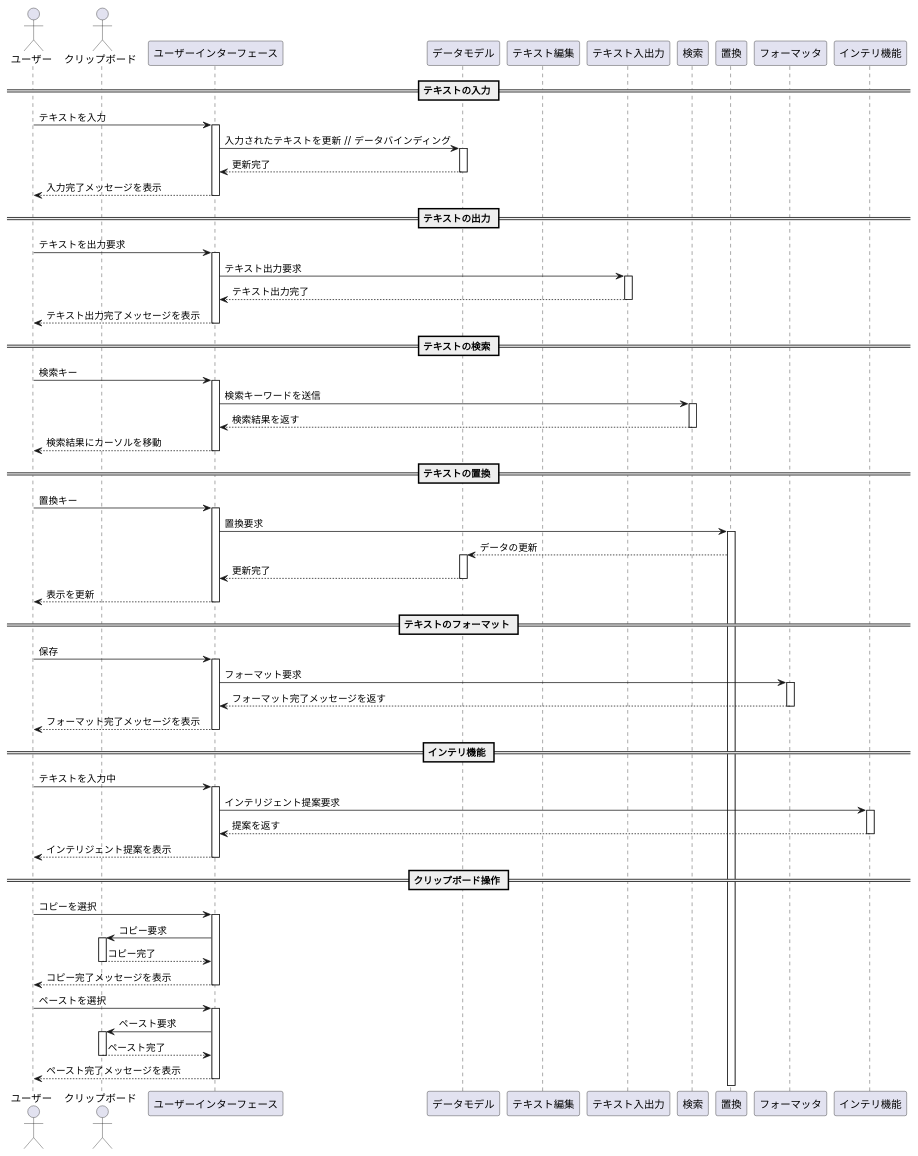
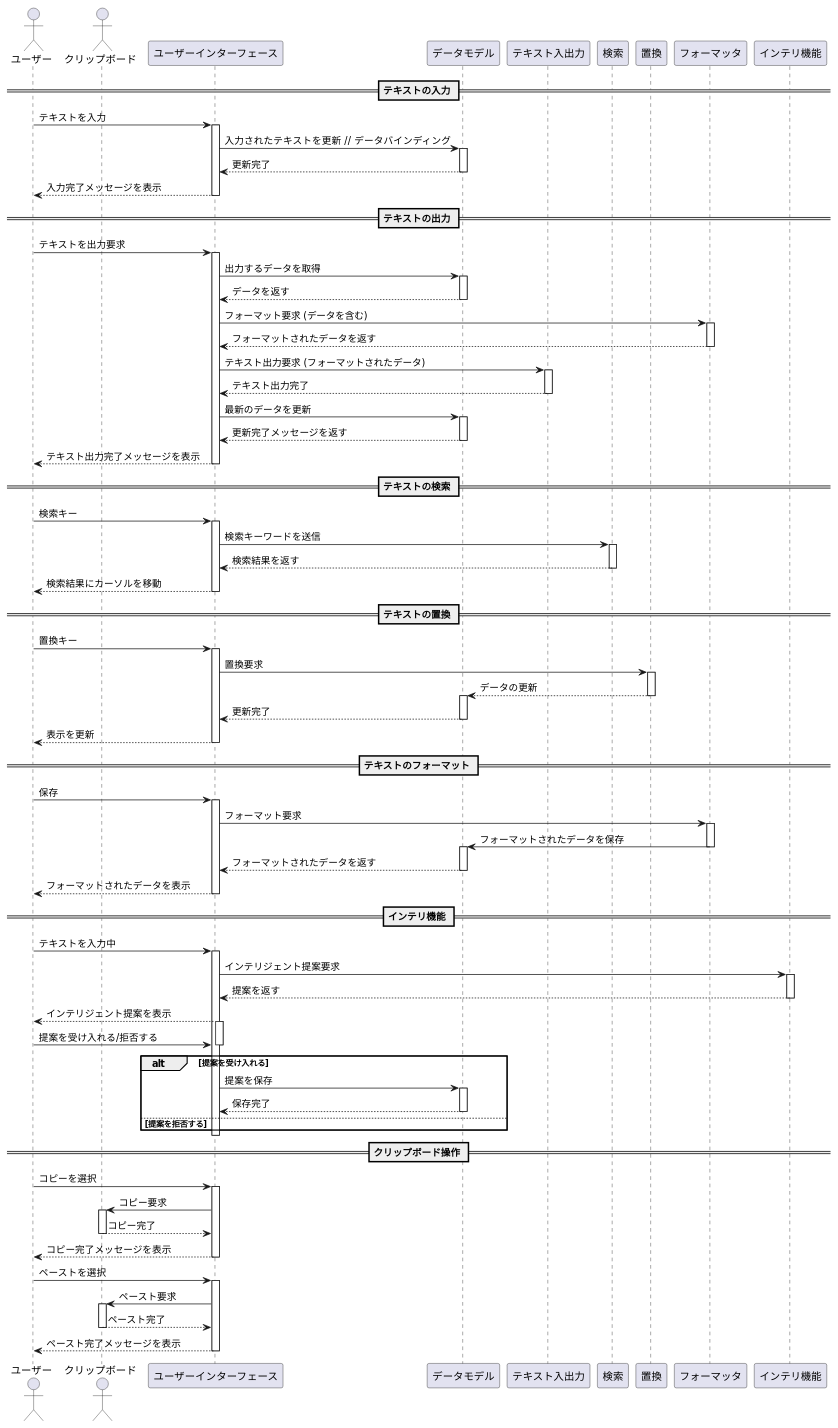
Before and after one commit to aka1ha2n3e/project00: the diagram in uml/Sqc_Txt.puml, drawn with PlantUML. The commit also changed 1 other file, not shown here.

```diff
--- a/uml/Sqc_Txt.puml
+++ b/uml/Sqc_Txt.puml
@@ -1,120 +1,156 @@
 @startuml
 
 actor User as "ユーザー"
 actor Clipboard as "クリップボード"
 participant "ユーザーインターフェース" as UI
 participant "データモデル" as DataModel
-participant "テキスト編集" as TextEditor
 participant "テキスト入出力" as TextIO
 participant "検索" as Search
 participant "置換" as Replace
 participant "フォーマッタ" as Formatter
 participant "インテリ機能" as IntelliFeature
 
 == テキストの入力 ==
 User -> UI : テキストを入力
 activate UI
 
 UI -> DataModel : 入力されたテキストを更新  // データバインディング
 activate DataModel
 
 DataModel --> UI : 更新完了
 deactivate DataModel
 
 UI --> User : 入力完了メッセージを表示
 deactivate UI
 
 == テキストの出力 ==
 User -> UI : テキストを出力要求
 activate UI
 
-UI -> TextIO : テキスト出力要求
+UI -> DataModel : 出力するデータを取得
+activate DataModel
+
+DataModel --> UI : データを返す
+deactivate DataModel
+
+UI -> Formatter : フォーマット要求 (データを含む)
+activate Formatter
+
+Formatter --> UI : フォーマットされたデータを返す
+deactivate Formatter
+
+UI -> TextIO : テキスト出力要求 (フォーマットされたデータ)
 activate TextIO
 
 TextIO --> UI : テキスト出力完了
 deactivate TextIO
+
+UI -> DataModel : 最新のデータを更新
+activate DataModel
+
+DataModel --> UI : 更新完了メッセージを返す
+deactivate DataModel
 
 UI --> User : テキスト出力完了メッセージを表示
 deactivate UI
 
 == テキストの検索 ==
 User -> UI : 検索キー
 activate UI
 
 UI -> Search : 検索キーワードを送信
 activate Search
 
 Search --> UI : 検索結果を返す
 deactivate Search
 
 UI --> User : 検索結果にカーソルを移動
 deactivate UI
 
 == テキストの置換 ==
 User -> UI : 置換キー
 activate UI
 
 UI -> Replace : 置換要求
 activate Replace
 
 Replace --> DataModel : データの更新  
+deactivate Replace
 activate DataModel
 
 DataModel --> UI : 更新完了
 deactivate DataModel
 
 UI --> User : 表示を更新
 deactivate UI
 
 == テキストのフォーマット ==
 User -> UI : 保存
 activate UI
 
 UI -> Formatter : フォーマット要求
 activate Formatter
 
-Formatter --> UI : フォーマット完了メッセージを返す
+Formatter -> DataModel : フォーマットされたデータを保存
 deactivate Formatter
+activate DataModel
 
-UI --> User : フォーマット完了メッセージを表示
+DataModel --> UI : フォーマットされたデータを返す
+deactivate DataModel
+
+UI --> User : フォーマットされたデータを表示
 deactivate UI
+
 
 == インテリ機能 ==
 User -> UI : テキストを入力中
 activate UI
 
 UI -> IntelliFeature : インテリジェント提案要求
 activate IntelliFeature
 
 IntelliFeature --> UI : 提案を返す
 deactivate IntelliFeature
 
 UI --> User : インテリジェント提案を表示
+activate UI
+
+User -> UI : 提案を受け入れる/拒否する
+deactivate UI
+
+alt 提案を受け入れる
+    UI -> DataModel : 提案を保存
+    activate DataModel
+    DataModel --> UI : 保存完了
+    deactivate DataModel
+else 提案を拒否する
+end
+
 deactivate UI
 
 == クリップボード操作 ==
 User -> UI : コピーを選択
 activate UI
 
 UI -> Clipboard : コピー要求
 activate Clipboard
 
 Clipboard --> UI : コピー完了
 deactivate Clipboard
 
 UI --> User : コピー完了メッセージを表示
 deactivate UI
 
 User -> UI : ペーストを選択
 activate UI
 
 UI -> Clipboard : ペースト要求
 activate Clipboard
 
 Clipboard --> UI : ペースト完了
 deactivate Clipboard
 
 UI --> User : ペースト完了メッセージを表示
 deactivate UI
 
 @enduml
```
